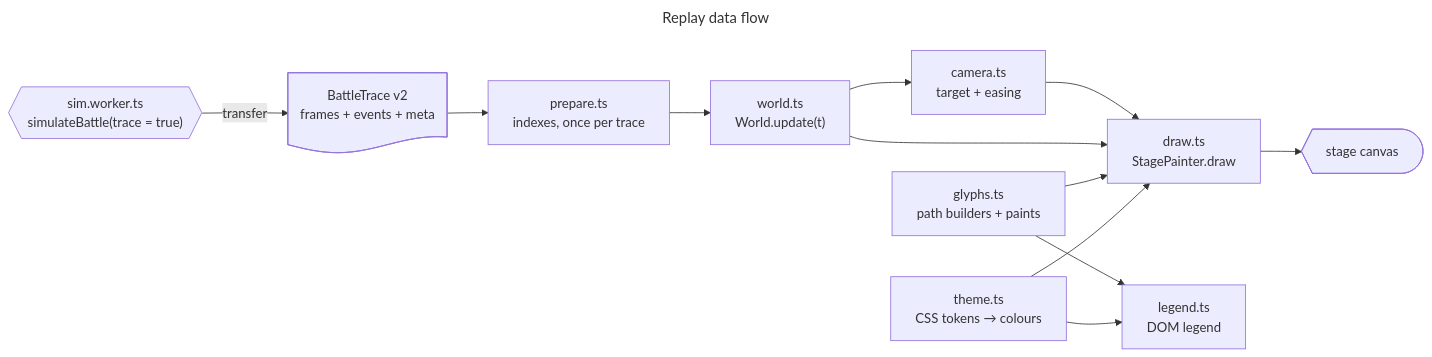
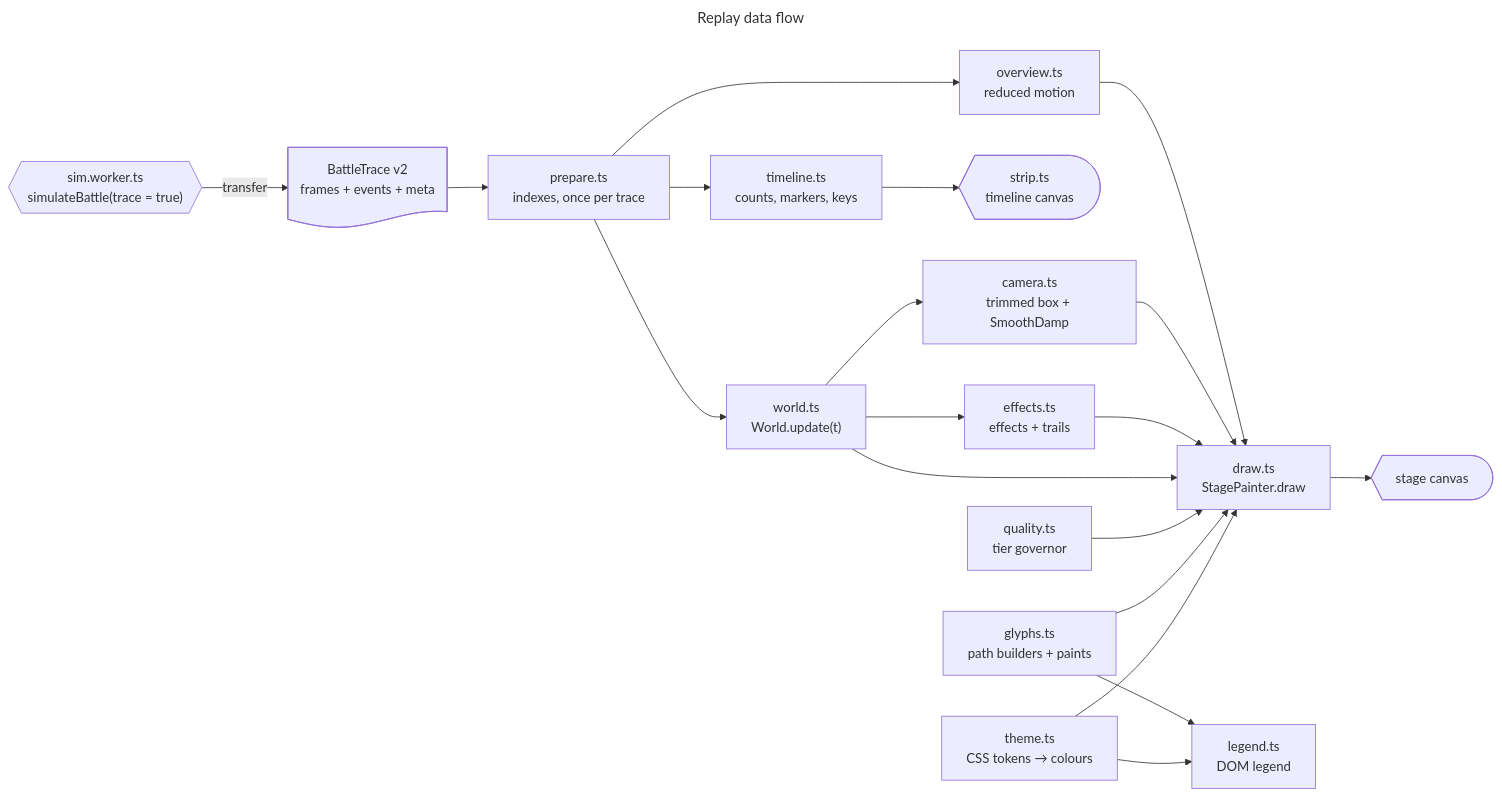
Before and after one commit to VinylStage/trex_vs_tiger_sim: the diagram in docs/REPLAY.md, drawn with Mermaid. The commit also changed other lines of this file and 16 other files, not shown here.

First line of the commit message:
feat(replay): camera, timeline, effects, reduced motion and DPR (#26)

````diff
--- a/docs/REPLAY.md
+++ b/docs/REPLAY.md
@@ -25,22 +29,31 @@
 ```mermaid
 ---
 title: Replay data flow
 ---
 flowchart LR
     worker@{ shape: hex, label: "sim.worker.ts<br/>simulateBattle(trace = true)" }
     trace@{ shape: doc, label: "BattleTrace v2<br/>frames + events + meta" }
     prep@{ shape: rect, label: "prepare.ts<br/>indexes, once per trace" }
     world@{ shape: rect, label: "world.ts<br/>World.update(t)" }
-    cam@{ shape: rect, label: "camera.ts<br/>target + easing" }
+    cam@{ shape: rect, label: "camera.ts<br/>trimmed box + SmoothDamp" }
+    tl@{ shape: rect, label: "timeline.ts<br/>counts, markers, keys" }
+    strip@{ shape: display, label: "strip.ts<br/>timeline canvas" }
+    fx@{ shape: rect, label: "effects.ts<br/>effects + trails" }
+    q@{ shape: rect, label: "quality.ts<br/>tier governor" }
+    ov@{ shape: rect, label: "overview.ts<br/>reduced motion" }
     draw@{ shape: rect, label: "draw.ts<br/>StagePainter.draw" }
     glyphs@{ shape: rect, label: "glyphs.ts<br/>path builders + paints" }
     theme@{ shape: rect, label: "theme.ts<br/>CSS tokens → colours" }
     legend@{ shape: rect, label: "legend.ts<br/>DOM legend" }
     stage@{ shape: display, label: "stage canvas" }
     worker -- transfer --> trace --> prep --> world
+    prep --> tl --> strip
+    prep --> ov --> draw
     world --> cam --> draw
+    world --> fx --> draw
     world --> draw
+    q --> draw
     glyphs --> draw & legend
     theme --> draw & legend
     draw --> stage
 ```
````
